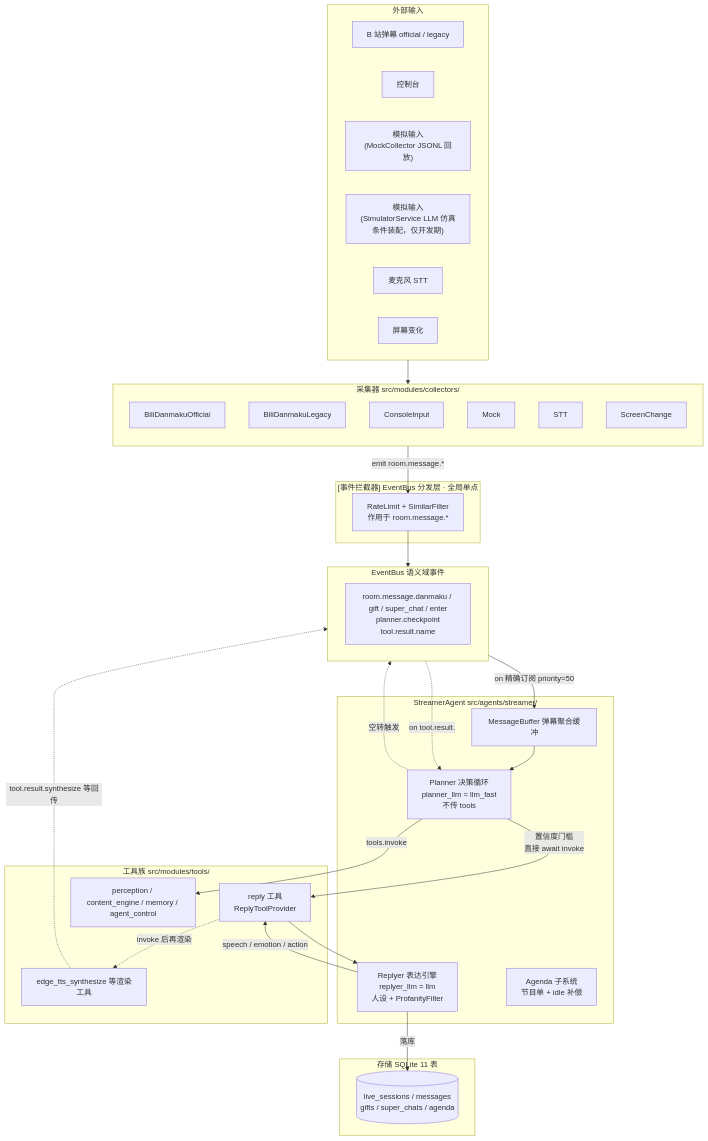
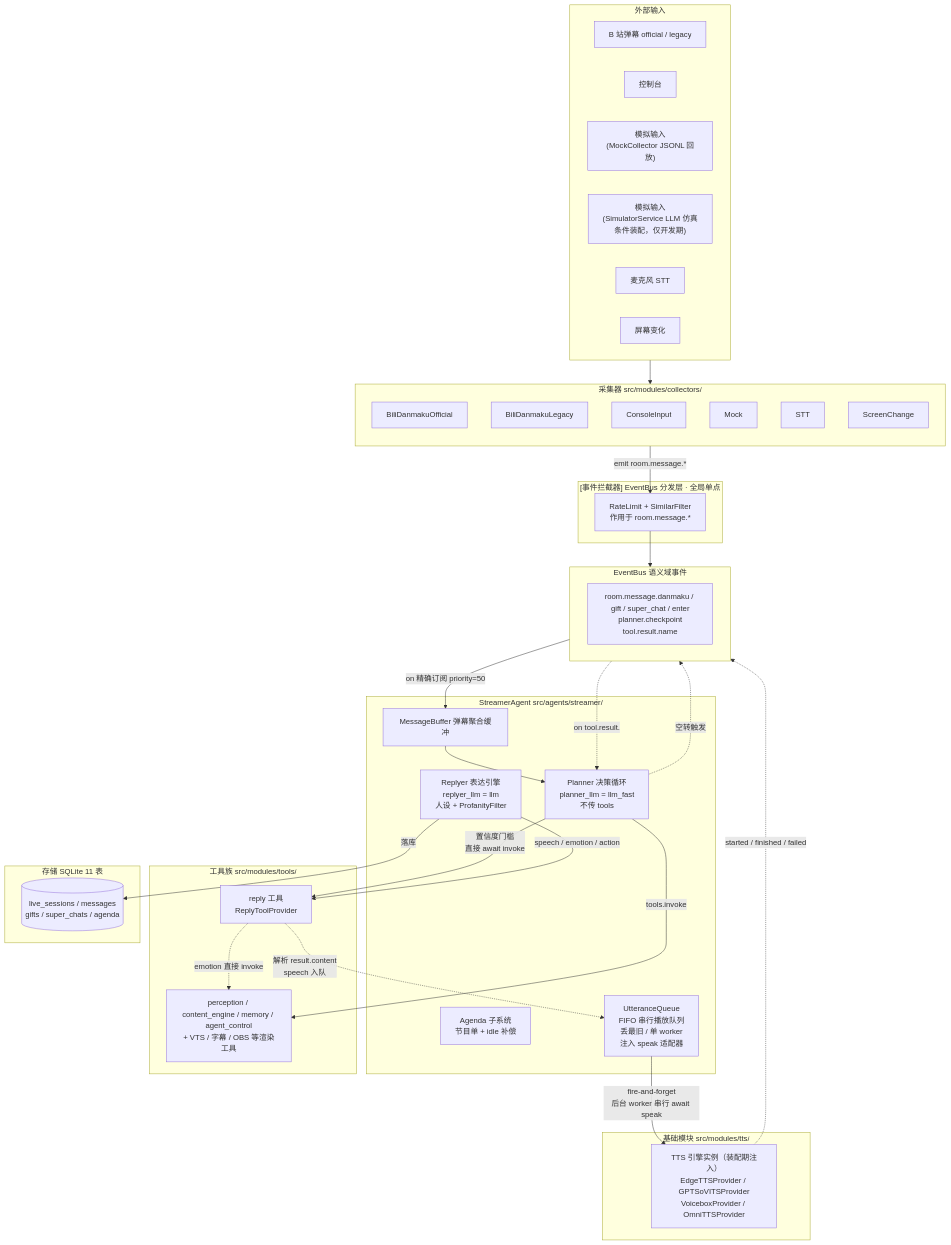
Before and after one commit to Mai-with-u/Amaidesu: the diagram in docs/architecture/data-flow.md, drawn with Mermaid. The commit also changed other lines of this file and 60 other files, not shown here.

````diff
--- a/docs/architecture/data-flow.md
+++ b/docs/architecture/data-flow.md
@@ -23,61 +23,66 @@
 ```mermaid
 flowchart TB
     subgraph Ext["外部输入"]
         Bili["B 站弹幕 official / legacy"]
         Cons["控制台"]
         Mock["模拟输入<br/>(MockCollector JSONL 回放)"]
         Sim["模拟输入<br/>(SimulatorService LLM 仿真<br/>条件装配，仅开发期)"]
         Mic["麦克风 STT"]
         Screen["屏幕变化"]
     end
 
     subgraph Collectors["采集器 src/modules/collectors/"]
         direction TB
         C1["BiliDanmakuOfficial"]
         C2["BiliDanmakuLegacy"]
         C3["ConsoleInput"]
         C4["Mock"]
         C5["STT"]
         C6["ScreenChange"]
     end
 
     subgraph Interceptors["[事件拦截器] EventBus 分发层 · 全局单点"]
         IC["RateLimit + SimilarFilter<br/>作用于 room.message.*"]
     end
 
     subgraph Bus["EventBus 语义域事件"]
         EB["room.message.danmaku / gift / super_chat / enter<br/>planner.checkpoint<br/>tool.result.name"]
     end
 
-    subgraph StreamerAgent["StreamerAgent src/agents/streamer/"]
+subgraph StreamerAgent["StreamerAgent src/agents/streamer/"]
         MB["MessageBuffer 弹幕聚合缓冲"]
         Planner["Planner 决策循环<br/>planner_llm = llm_fast<br/>不传 tools"]
         Reply["Replyer 表达引擎<br/>replyer_llm = llm<br/>人设 + ProfanityFilter"]
         Agenda["Agenda 子系统<br/>节目单 + idle 补偿"]
+        UQ["UtteranceQueue<br/>FIFO 串行播放队列<br/>丢最旧 / 单 worker<br/>注入 speak 适配器"]
     end
 
     subgraph Tools["工具族 src/modules/tools/"]
         RT["reply 工具<br/>ReplyToolProvider"]
-        TTS["edge_tts_synthesize 等渲染工具"]
-        Other["perception / content_engine / memory / agent_control"]
+        Other["perception / content_engine / memory / agent_control<br/>+ VTS / 字幕 / OBS 等渲染工具"]
+    end
+
+    subgraph InFra["基础模块 src/modules/tts/"]
+        TTSEng["TTS 引擎实例（装配期注入）<br/>EdgeTTSProvider / GPTSoVITSProvider<br/>VoiceboxProvider / OmniTTSProvider"]
     end
 
     subgraph Storage["存储 SQLite 11 表"]
         DB[("live_sessions / messages<br/>gifts / super_chats / agenda")]
     end
 
     Ext --> Collectors
     Collectors -->|emit room.message.*| IC
     IC --> Bus
     Bus -->|on 精确订阅 priority=50| MB
     MB --> Planner
     Planner -->|置信度门槛<br/>直接 await invoke| RT
-    RT --> Reply
     Reply -->|speech / emotion / action| RT
     Reply -->|落库| DB
     Planner -.->|空转触发| Bus
     Planner -->|tools.invoke| Other
-    RT -.->|invoke 后再渲染| TTS
-    TTS -.->|tool.result.synthesize 等回传| Bus
+    RT -.->|解析 result.content<br/>speech 入队| UQ
+    UQ -->|fire-and-forget<br/>后台 worker 串行 await speak| TTSEng
+    TTSEng -.->|started / finished / failed| Bus
     Bus -.->|on tool.result.| Planner
+    RT -.->|emotion 直接 invoke| Other
 ```
````
